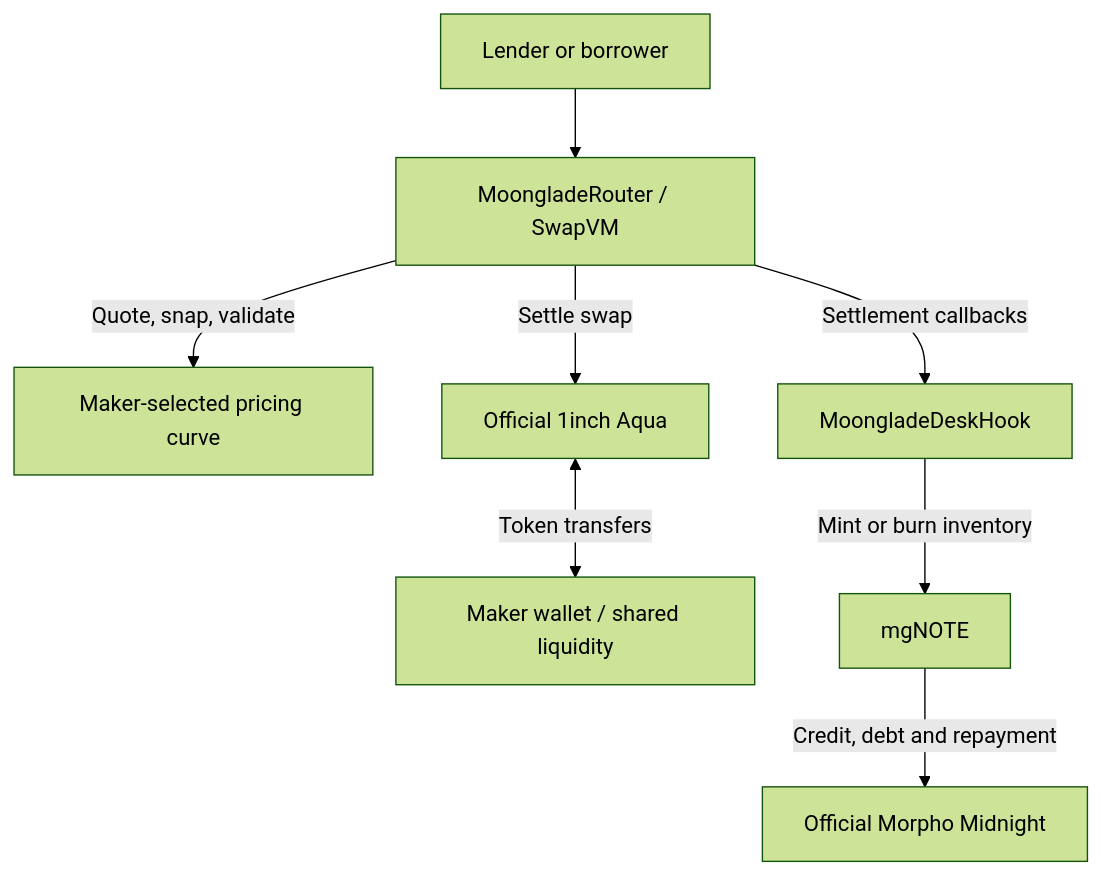
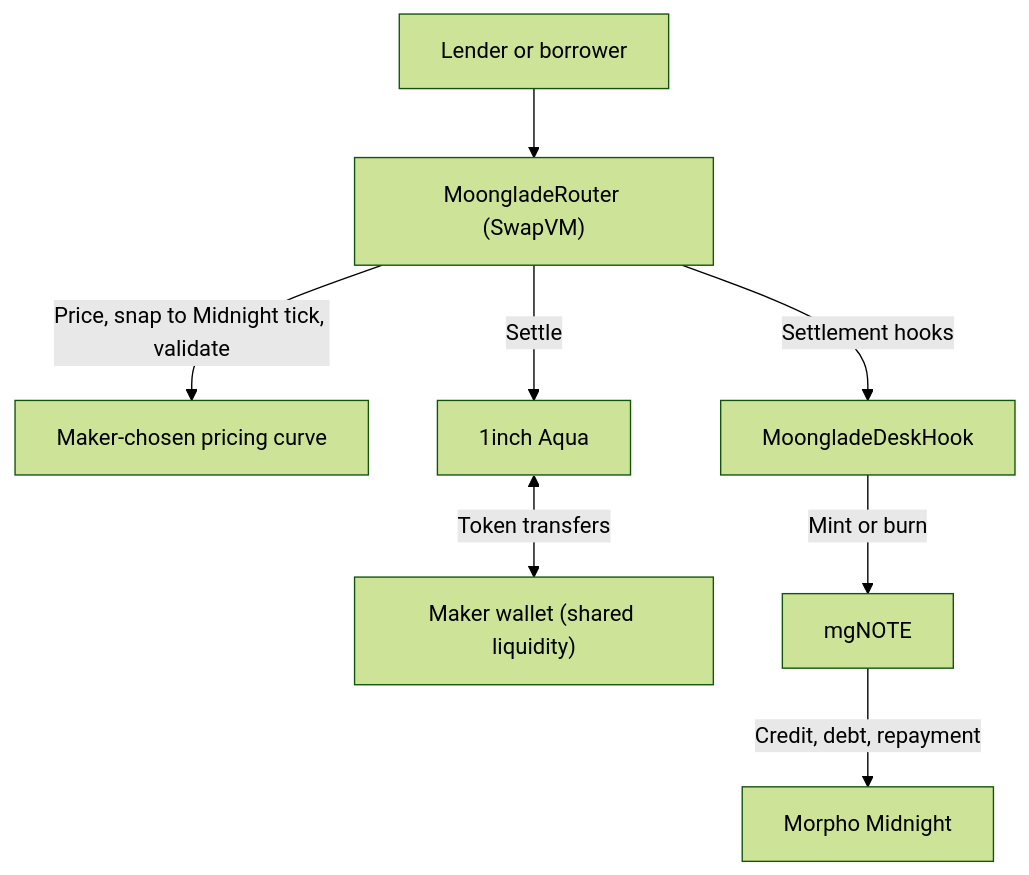
The diagram in README.md (mgnfy-view/moonglade), drawn with Mermaid (forest theme) before and after one commit. The commit also changed other lines of this file, not shown here.

Commit message:
docs: refine Aqua hackathon README and fee demo details

````diff
--- a/README.md
+++ b/README.md
@@ -40,10 +60,10 @@
 ```mermaid
 flowchart TD
-    User["Lender or borrower"] --> Router["MoongladeRouter / SwapVM"]
-    Router -->|"Quote, snap, validate"| Curve["Maker-selected pricing curve"]
-    Router -->|"Settle swap"| Aqua["Official 1inch Aqua"]
-    Aqua <-->|"Token transfers"| Wallet["Maker wallet / shared liquidity"]
-    Router -->|"Settlement callbacks"| Hook["MoongladeDeskHook"]
-    Hook -->|"Mint or burn inventory"| Note["mgNOTE"]
-    Note -->|"Credit, debt and repayment"| Midnight["Official Morpho Midnight"]
+    User["Lender or borrower"] --> Router["MoongladeRouter (SwapVM)"]
+    Router -->|"Price, snap to Midnight tick, validate"| Curve["Maker-chosen pricing curve"]
+    Router -->|"Settle"| Aqua["1inch Aqua"]
+    Aqua <-->|"Token transfers"| Wallet["Maker wallet (shared liquidity)"]
+    Router -->|"Settlement hooks"| Hook["MoongladeDeskHook"]
+    Hook -->|"Mint or burn"| Note["mgNOTE"]
+    Note -->|"Credit, debt, repayment"| Midnight["Morpho Midnight"]
 ```
````
